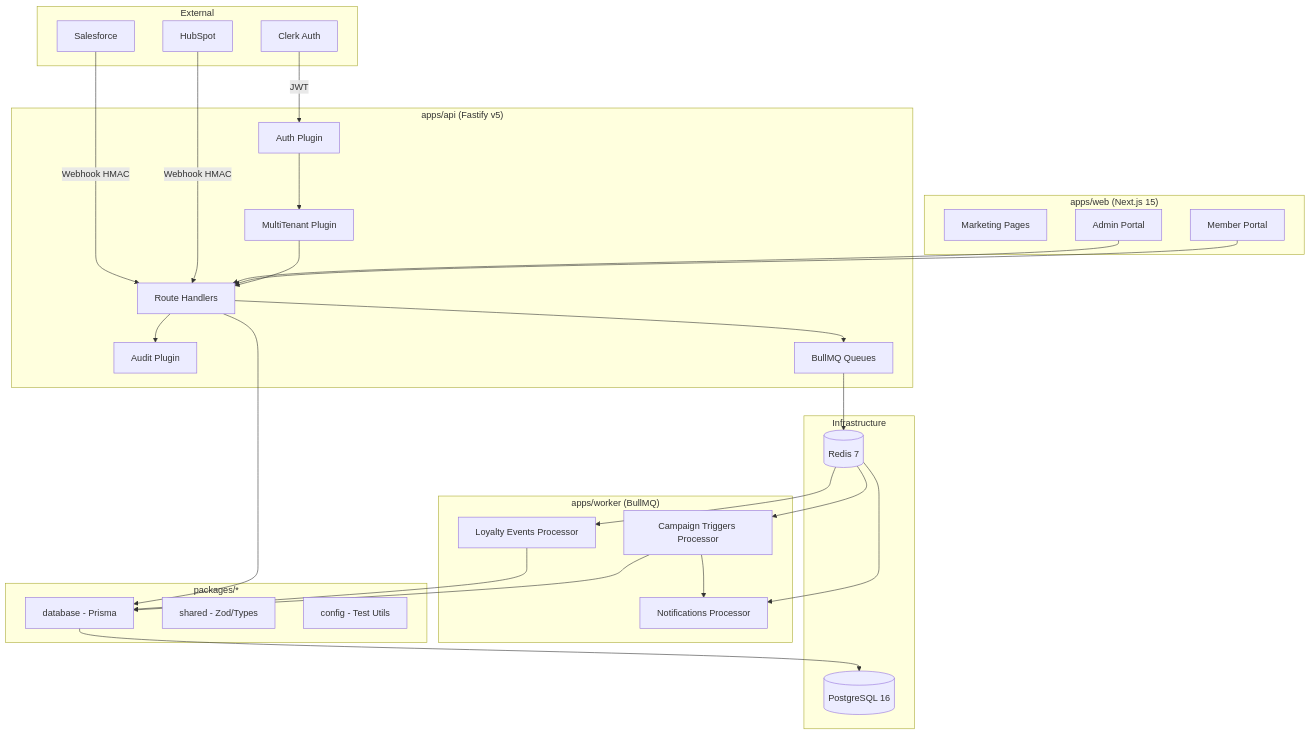
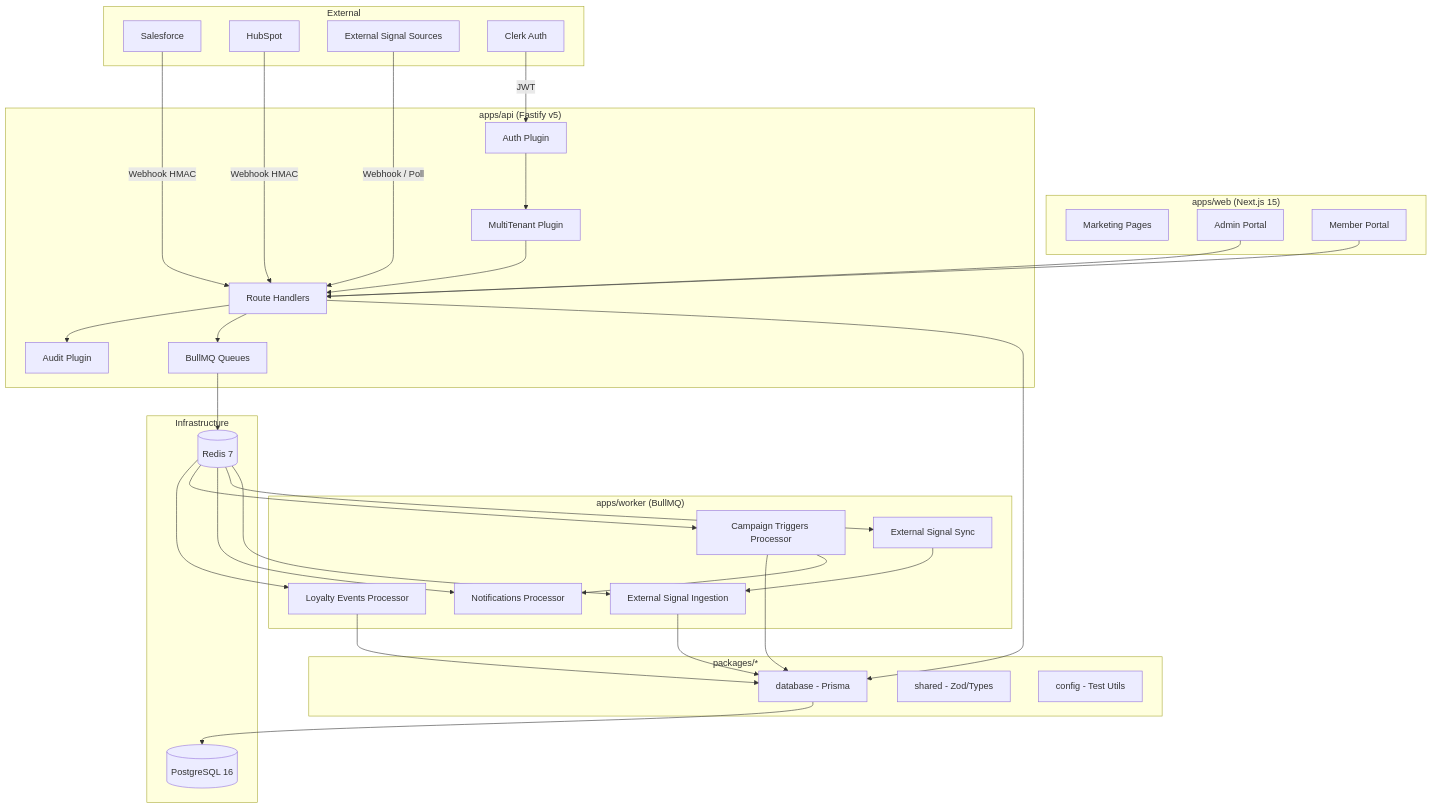
The first of 5 diagrams in docs/architecture/architecture.md (mathursrus/CustomerEQ), drawn with Mermaid before and after one commit. The commit also changed other lines of this file and 41 other files, not shown here.

````diff
--- a/docs/architecture/architecture.md
+++ b/docs/architecture/architecture.md
@@ -92,57 +92,65 @@
 ```mermaid
 graph TD
     subgraph External
         SF[Salesforce]
         HS[HubSpot]
+        ES[External Signal Sources]
         CL[Clerk Auth]
     end
 
     subgraph "apps/web (Next.js 15)"
         MP[Marketing Pages]
         AP[Admin Portal]
         MBP[Member Portal]
     end
 
     subgraph "apps/api (Fastify v5)"
         AUTH[Auth Plugin]
         MT[MultiTenant Plugin]
         AUDIT[Audit Plugin]
         ROUTES[Route Handlers]
         QUEUES[BullMQ Queues]
     end
 
     subgraph "apps/worker (BullMQ)"
         LE[Loyalty Events Processor]
         CT[Campaign Triggers Processor]
         NF[Notifications Processor]
+        ESS[External Signal Sync]
+        ESI[External Signal Ingestion]
     end
 
     subgraph Infrastructure
         PG[(PostgreSQL 16)]
         RD[(Redis 7)]
     end
 
     subgraph "packages/*"
         DB[database - Prisma]
         SH[shared - Zod/Types]
         CFG[config - Test Utils]
     end
 
     SF -->|Webhook HMAC| ROUTES
     HS -->|Webhook HMAC| ROUTES
+    ES -->|Webhook / Poll| ROUTES
     CL -->|JWT| AUTH
     AP --> ROUTES
     MBP --> ROUTES
     AUTH --> MT --> ROUTES
     ROUTES --> AUDIT
     ROUTES --> QUEUES
     QUEUES --> RD
     RD --> LE
     RD --> CT
     RD --> NF
+    RD --> ESS
+    RD --> ESI
     LE --> DB
     CT --> DB
     CT --> NF
+    ESS --> ESI
+    ESI --> DB
     DB --> PG
     ROUTES --> DB
 ```
````
